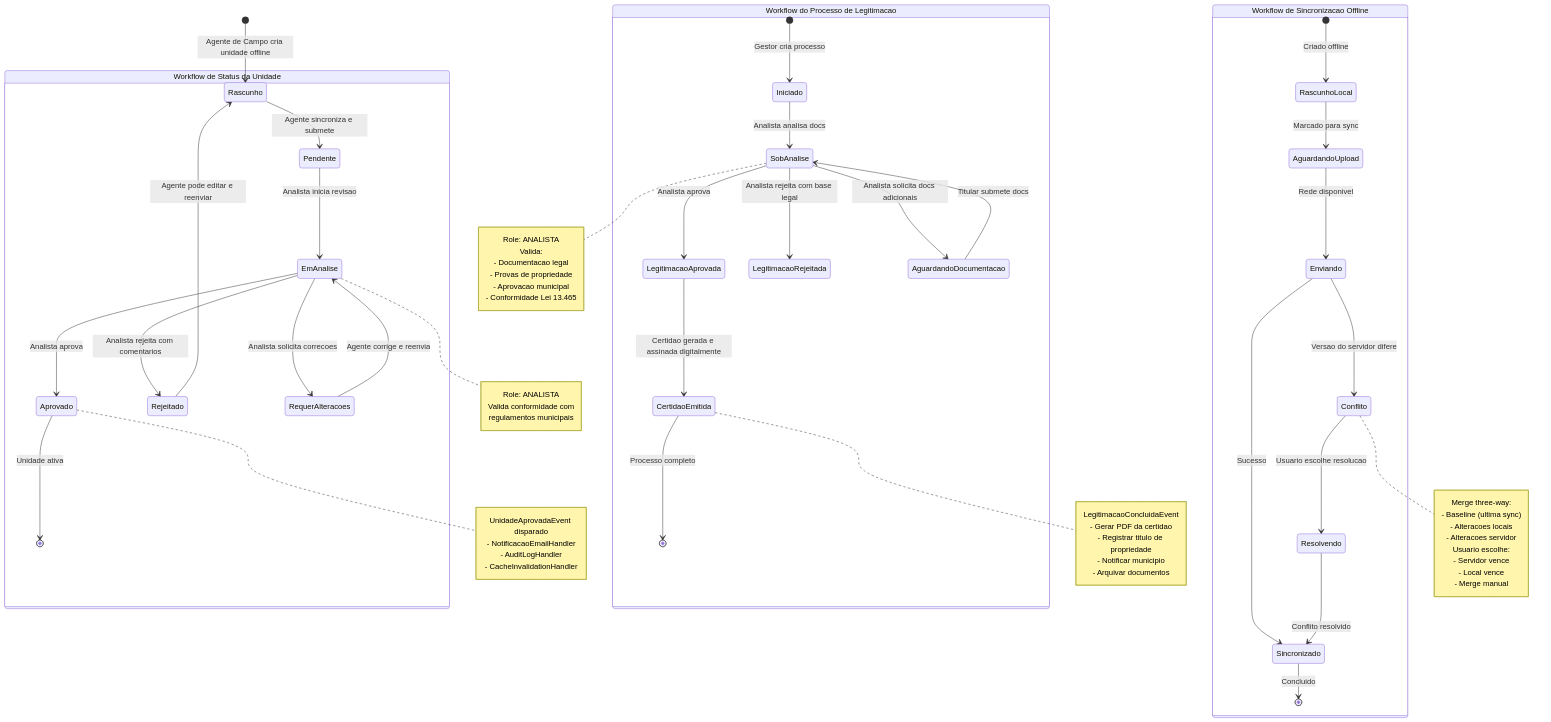
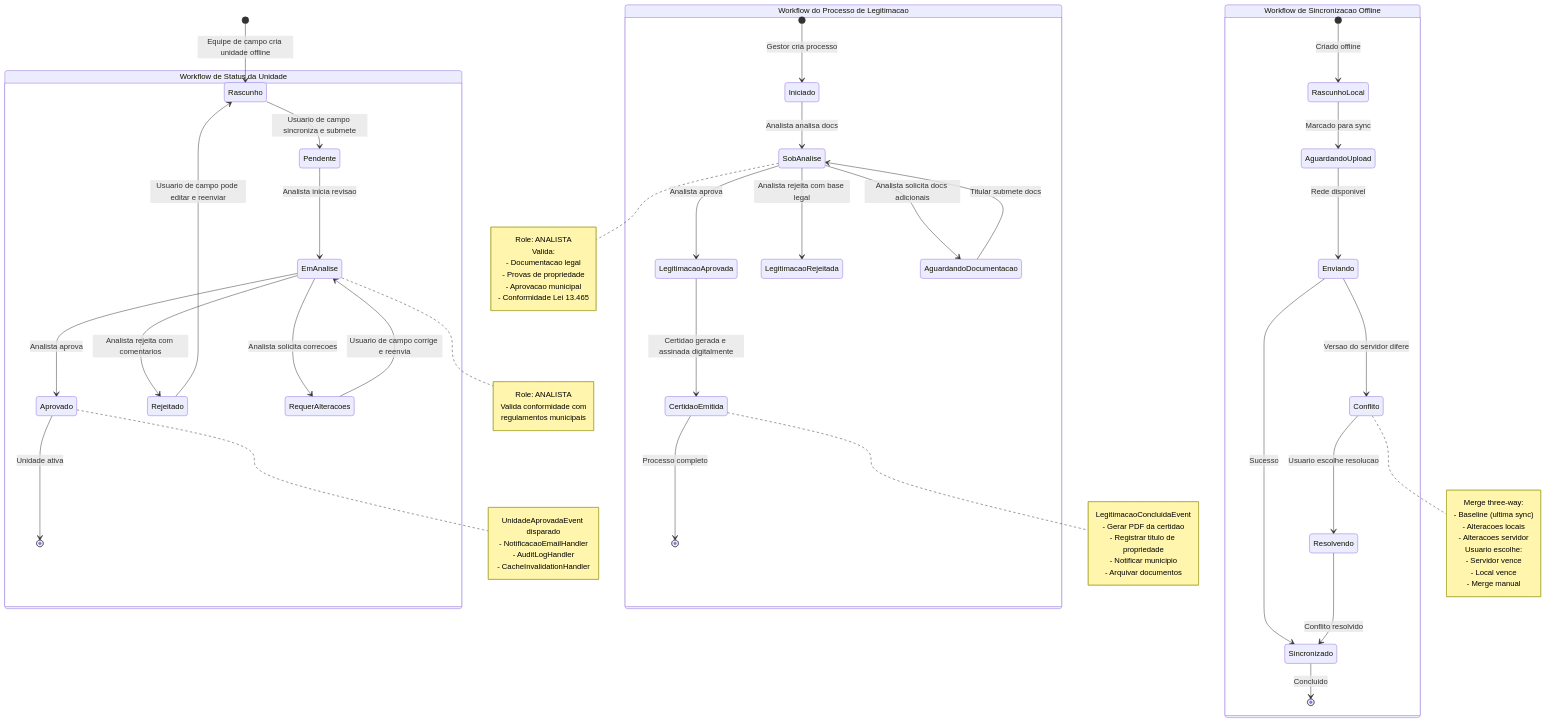
One commit to Thalesvpr/carf-docs changed the diagram in CENTRAL/DOMAIN/DIAGRAMS/04-workflows.md. Above: the diagram before and after it, drawn with Mermaid. The commit also changed other lines of this file and 152 other files, not shown here.

````diff
--- a/CENTRAL/DOMAIN/DIAGRAMS/04-workflows.md
+++ b/CENTRAL/DOMAIN/DIAGRAMS/04-workflows.md
@@ -13,81 +13,81 @@
 ```mermaid
 stateDiagram-v2
-    [*] --> Rascunho: Agente de Campo cria unidade offline
+    [*] --> Rascunho: Equipe de campo cria unidade offline
 
     state "Workflow de Status da Unidade" as UnitWorkflow {
-        Rascunho --> Pendente: Agente sincroniza e submete
+        Rascunho --> Pendente: Usuario de campo sincroniza e submete
         Pendente --> EmAnalise: Analista inicia revisao
         EmAnalise --> Aprovado: Analista aprova
         EmAnalise --> Rejeitado: Analista rejeita com comentarios
         EmAnalise --> RequerAlteracoes: Analista solicita correcoes
 
-        RequerAlteracoes --> EmAnalise: Agente corrige e reenvia
-        Rejeitado --> Rascunho: Agente pode editar e reenviar
+        RequerAlteracoes --> EmAnalise: Usuario de campo corrige e reenvia
+        Rejeitado --> Rascunho: Usuario de campo pode editar e reenviar
         Aprovado --> [*]: Unidade ativa
 
         note right of Aprovado
             UnidadeAprovadaEvent disparado
             - NotificacaoEmailHandler
             - AuditLogHandler
             - CacheInvalidationHandler
         end note
 
         note right of EmAnalise
             Role: ANALISTA
             Valida conformidade com
             regulamentos municipais
         end note
     }
 
     state "Workflow do Processo de Legitimacao" as LegitimationWorkflow {
         [*] --> Iniciado: Gestor cria processo
 
         Iniciado --> SobAnalise: Analista analisa docs
         SobAnalise --> LegitimacaoAprovada: Analista aprova
         SobAnalise --> LegitimacaoRejeitada: Analista rejeita com base legal
         SobAnalise --> AguardandoDocumentacao: Analista solicita docs adicionais
 
         AguardandoDocumentacao --> SobAnalise: Titular submete docs
         LegitimacaoAprovada --> CertidaoEmitida: Certidao gerada e assinada digitalmente
         CertidaoEmitida --> [*]: Processo completo
 
         note right of CertidaoEmitida
             LegitimacaoConcluidaEvent
             - Gerar PDF da certidao
             - Registrar titulo de propriedade
             - Notificar municipio
             - Arquivar documentos
         end note
 
         note right of SobAnalise
             Role: ANALISTA
             Valida:
             - Documentacao legal
             - Provas de propriedade
             - Aprovacao municipal
             - Conformidade Lei 13.465
         end note
     }
 
     state "Workflow de Sincronizacao Offline" as SyncWorkflow {
         [*] --> RascunhoLocal: Criado offline
         RascunhoLocal --> AguardandoUpload: Marcado para sync
         AguardandoUpload --> Enviando: Rede disponivel
         Enviando --> Conflito: Versao do servidor difere
         Enviando --> Sincronizado: Sucesso
         Conflito --> Resolvendo: Usuario escolhe resolucao
         Resolvendo --> Sincronizado: Conflito resolvido
         Sincronizado --> [*]: Concluido
 
         note right of Conflito
             Merge three-way:
             - Baseline (ultima sync)
             - Alteracoes locais
             - Alteracoes servidor
             Usuario escolhe:
             - Servidor vence
             - Local vence
             - Merge manual
         end note
     }
 ```
````
